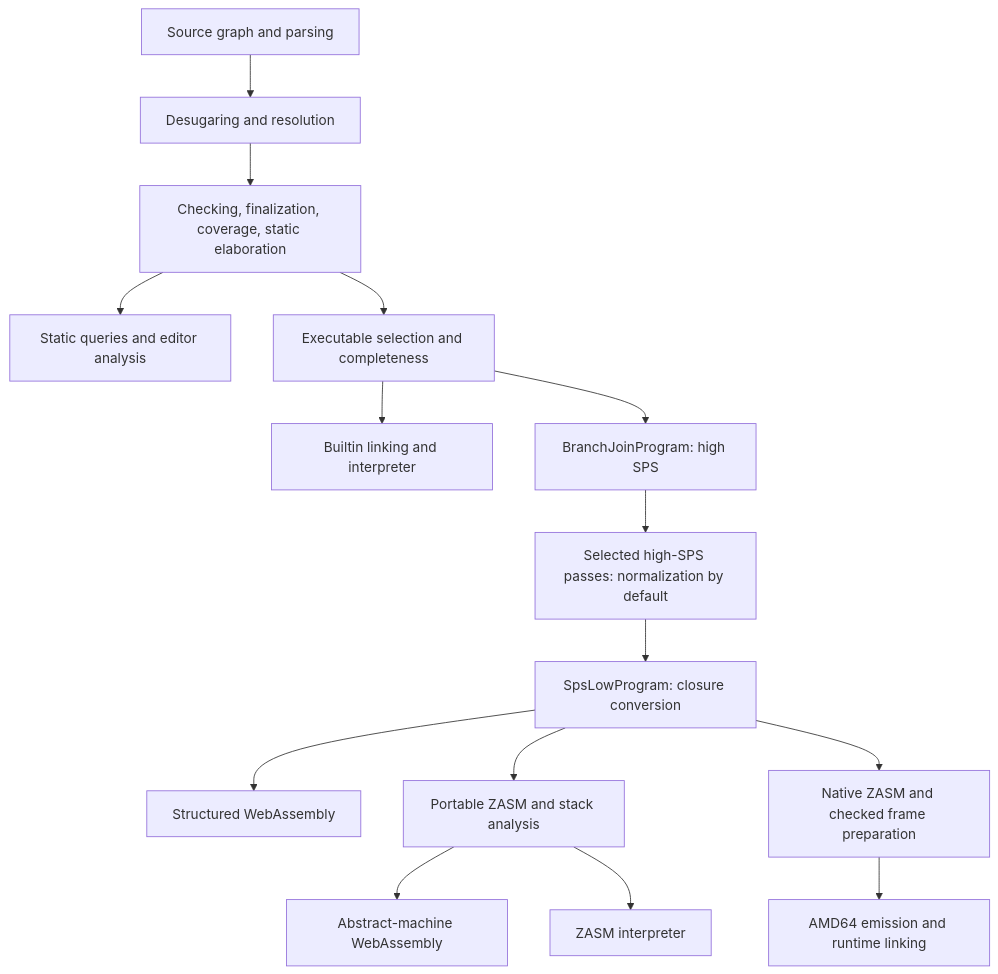
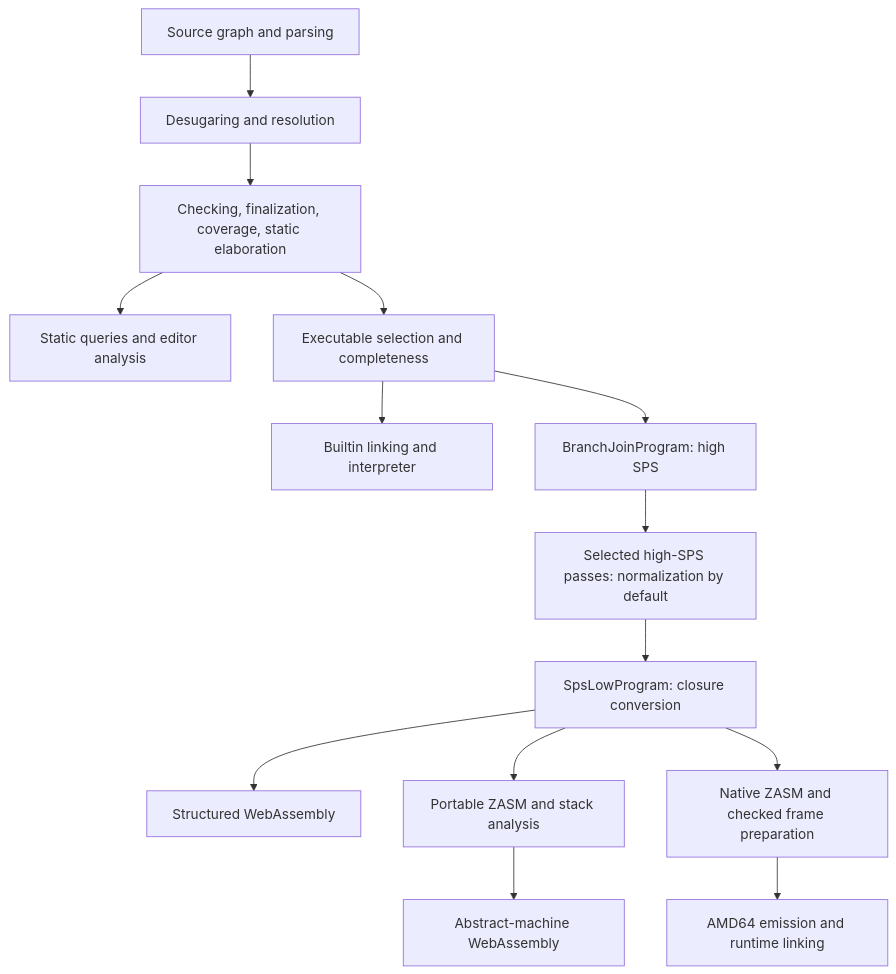
One commit to zydeco-lang/zydeco changed the diagram in docs/references/compiler.md. Above: the diagram before and after it, drawn with Mermaid. The commit also changed other lines of this file and 14 other files, not shown here.

Commit message:
incr: remove the ZASM interpreter

````diff
--- a/docs/references/compiler.md
+++ b/docs/references/compiler.md
@@ -42,17 +42,16 @@
 ```mermaid
 flowchart TD
     Sources[Source graph and parsing] --> Frontend[Desugaring and resolution]
     Frontend --> Statics[Checking, finalization, coverage, static elaboration]
     Statics --> Queries[Static queries and editor analysis]
     Statics --> Entry[Executable selection and completeness]
     Entry --> Dynamics[Builtin linking and interpreter]
     Entry --> High[BranchJoinProgram: high SPS]
     High --> Normalize[Selected high-SPS passes: normalization by default]
     Normalize --> Low[SpsLowProgram: closure conversion]
     Low --> SPS[Structured WebAssembly]
     Low --> Portable[Portable ZASM and stack analysis]
     Portable --> AM[Abstract-machine WebAssembly]
-    Portable --> ZInterp[ZASM interpreter]
     Low --> Native[Native ZASM and checked frame preparation]
     Native --> AMD64[AMD64 emission and runtime linking]
 ```
````
